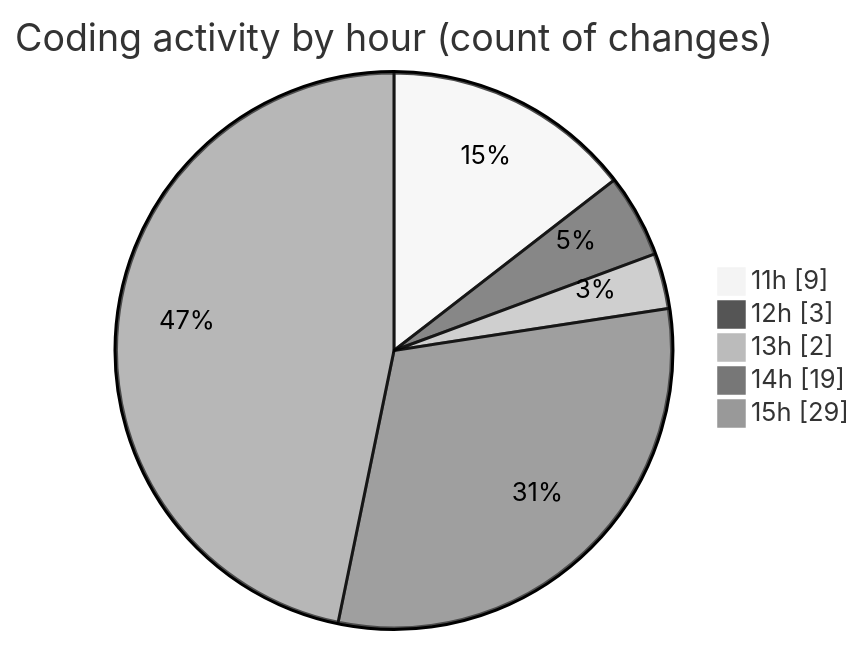
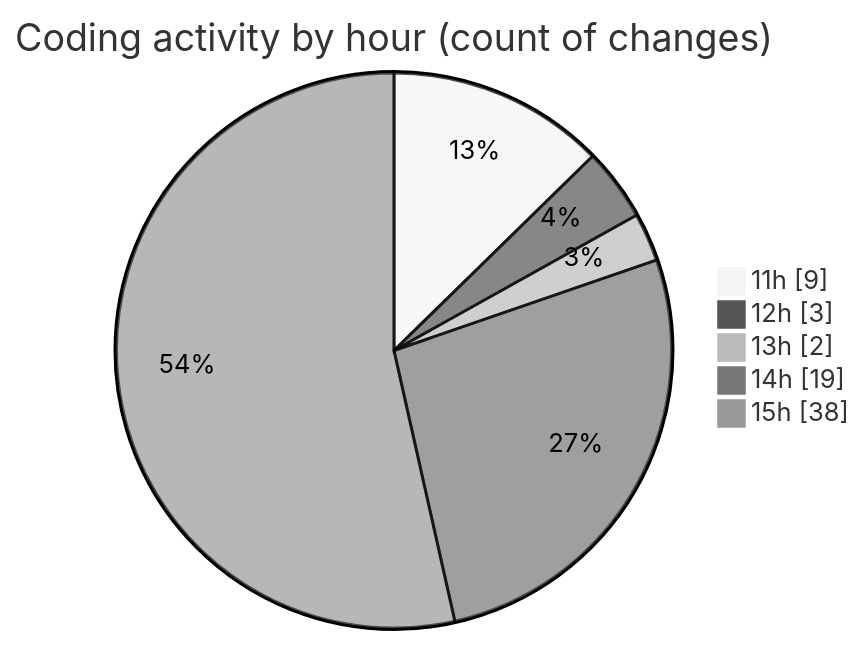
Before and after one commit to CELIANVF/code-tracking: the second of 2 diagrams in 2025-01-21/monteur_automatique/README.md, drawn with Mermaid (neutral theme). The commit also changed other lines of this file and 1 other file, not shown here.

````diff
--- a/2025-01-21/monteur_automatique/README.md
+++ b/2025-01-21/monteur_automatique/README.md
@@ -32,9 +32,9 @@
 ```mermaid
 pie showData
 title Coding activity by hour (count of changes)
 "11h" : 9
 "12h" : 3
 "13h" : 2
 "14h" : 19
-"15h" : 29
+"15h" : 38
 ```
````
